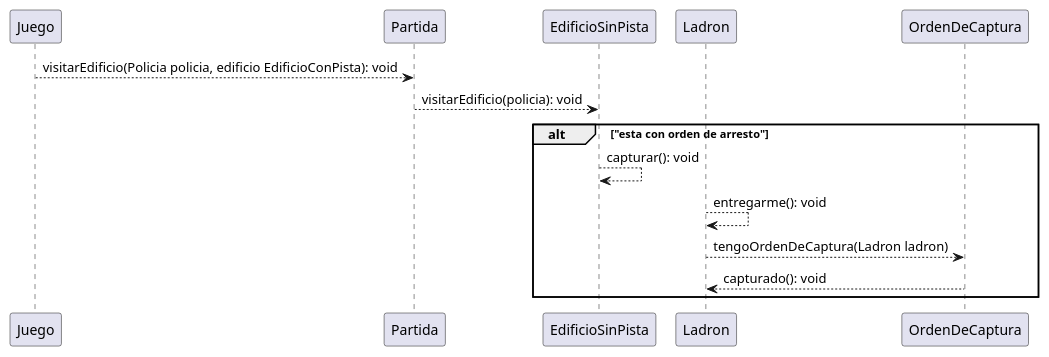
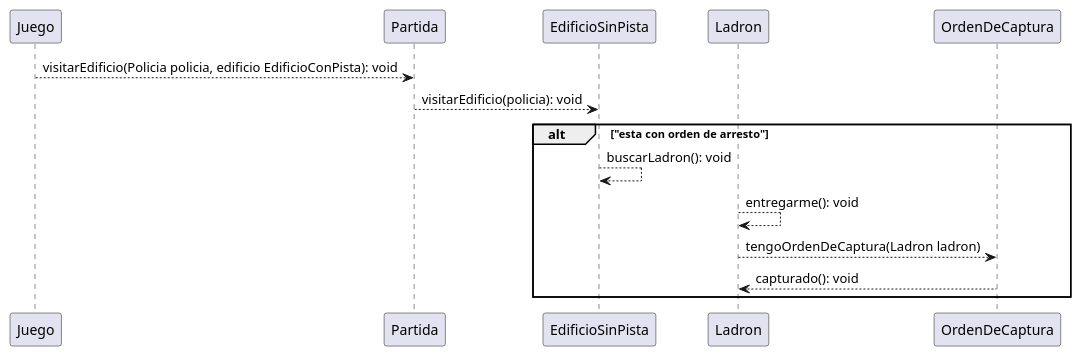
One commit to SeleneMartinez/Algo3_AlgoThief changed the diagram in diagrams/sequences/ds_PoliciaEntraPorPrimeraVezAUnEdficioYEstaElLadron.plantuml. Above: the diagram before and after it, drawn with PlantUML. The commit also changed 2 other files, not shown here.

Commit message:
Modified sequence diagram ds_PoliciaEntraPorPrimeraVezAUnEdificio. Modified class diagrams edifico, ladron

```diff
--- a/diagrams/sequences/ds_PoliciaEntraPorPrimeraVezAUnEdficioYEstaElLadron.plantuml
+++ b/diagrams/sequences/ds_PoliciaEntraPorPrimeraVezAUnEdficioYEstaElLadron.plantuml
@@ -1,10 +1,10 @@
 @startuml
 Juego --> Partida: visitarEdificio(Policia policia, edificio EdificioConPista): void
 Partida --> EdificioSinPista: visitarEdificio(policia): void
 alt "esta con orden de arresto"
-    EdificioSinPista --> EdificioSinPista : capturar(): void
+    EdificioSinPista --> EdificioSinPista : buscarLadron(): void
     Ladron --> Ladron: entregarme(): void
     Ladron --> OrdenDeCaptura : tengoOrdenDeCaptura(Ladron ladron)
     OrdenDeCaptura --> Ladron : capturado(): void
 end
 @enduml
```
